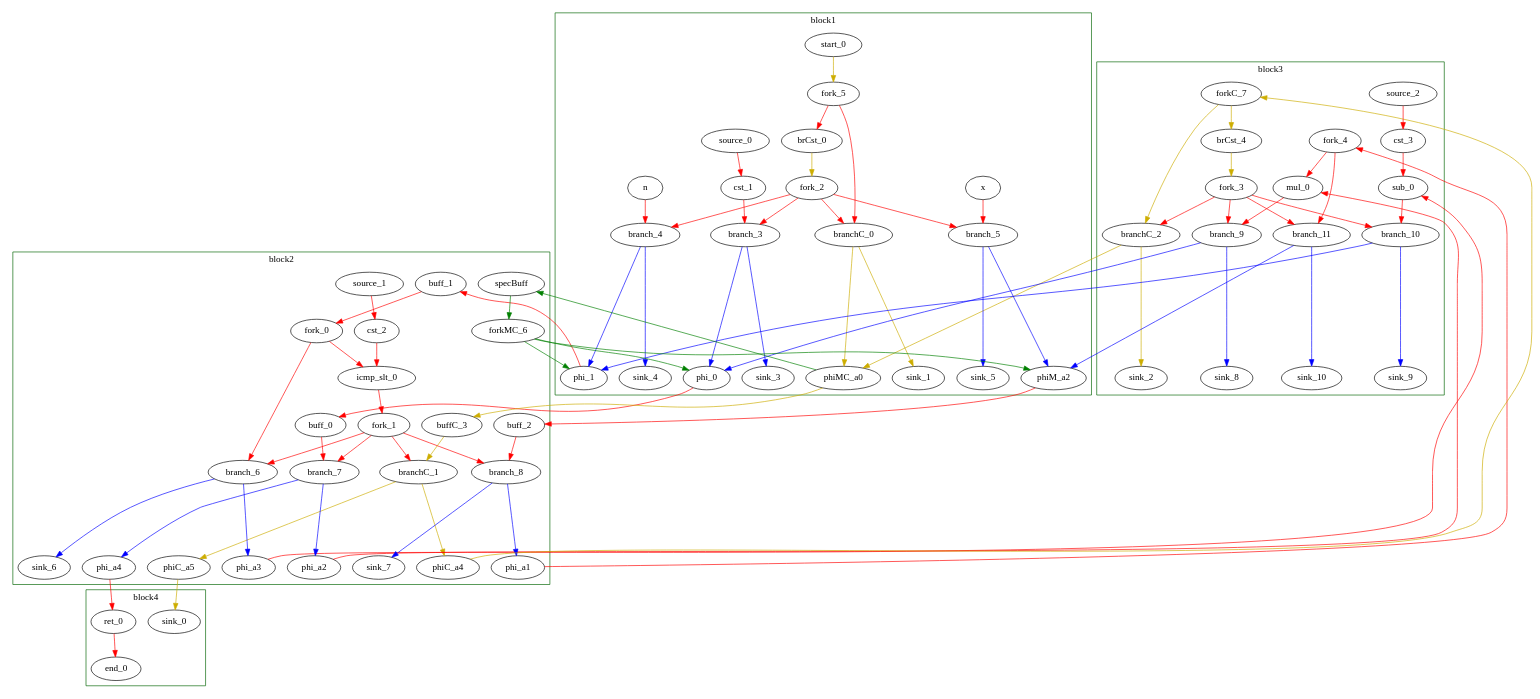
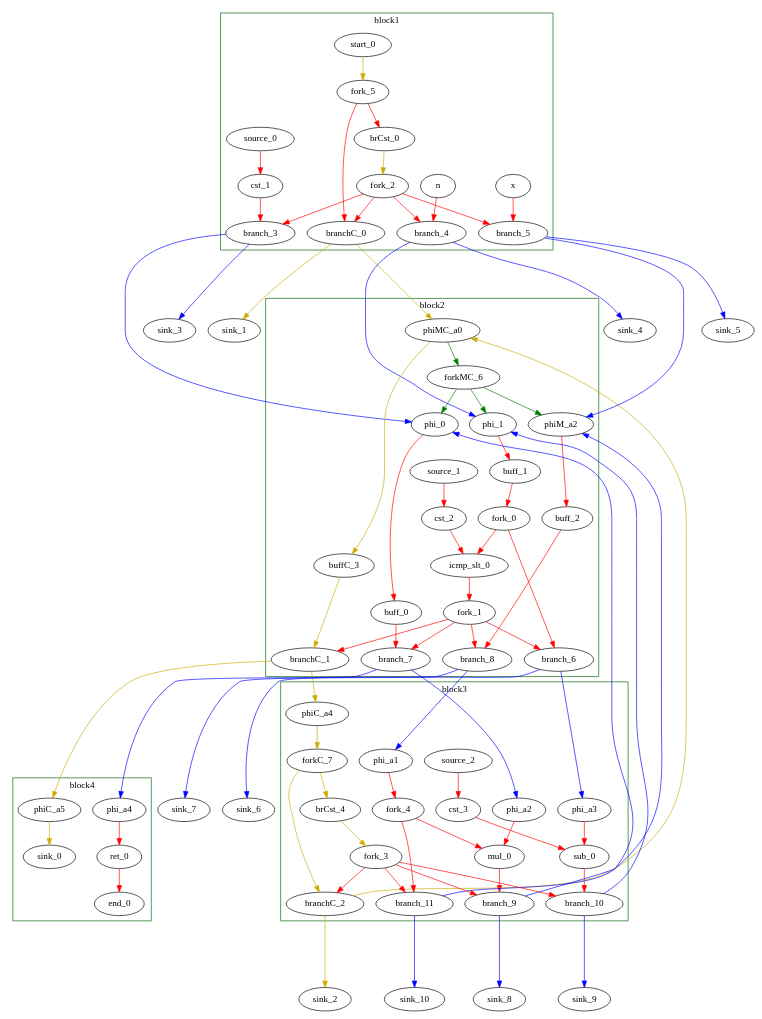
The diagram in build/jpow_sim/jpow_graph.dot (JuliaEmbedded/DynamicScheduling.jl), drawn with Graphviz before and after one commit. The commit also changed 1 other file, not shown here.

```diff
--- a/build/jpow_sim/jpow_graph.dot
+++ b/build/jpow_sim/jpow_graph.dot
@@ -1,161 +1,157 @@
 Digraph G {
 	splines=spline;
 		"branchC_0" [type = "Branch", bbID = 1, in = "in1:0 in2?:1", out = "out1+:0 out2-:0"];
 		"phi_0" [type = "Mux", bbID = 2, in = "in1?:1 in2:32 in3:32 ", out = "out1:32", delay = 0.366];
 		"phi_1" [type = "Mux", bbID = 2, in = "in1?:1 in2:32 in3:32 ", out = "out1:32", delay = 0.366];
 		"icmp_slt_0" [type = "Operator", bbID = 2, op = "icmp_slt_op", in = "in1:32 in2:32", out = "out1:1", delay = 1.53, latency = 0, II = 1];
 		"branchC_1" [type = "Branch", bbID = 2, in = "in1:0 in2?:1", out = "out1+:0 out2-:0"];
 		"sub_0" [type = "Operator", bbID = 3, op = "sub_op", in = "in1:32 in2:32", out = "out1:32", delay = 1.693, latency = 0, II = 1];
 		"mul_0" [type = "Operator", bbID = 3, op = "mul_op", in = "in1:32 in2:32", out = "out1:32", delay = 0.0, latency = 4, II = 1];
 		"branchC_2" [type = "Branch", bbID = 3, in = "in1:0 in2?:1", out = "out1+:0 out2-:0"];
 		"ret_0" [type = "Operator", bbID = 4, op = "ret_op", in = "in1:32", out = "out1:32", delay = 0.0, latency = 0, II = 1];
 		"x" [type = "Entry", bbID = 1, in = "in1:32", out = "out1:32"];
 		"n" [type = "Entry", bbID = 1, in = "in1:32", out = "out1:32"];
 		"brCst_0" [type = "Constant", bbID = 1, in = "in1:1", out = "out1:1", value = "0x1"];
 		"cst_1" [type = "Constant", bbID = 1, in = "in1:32", out = "out1:32", value = "0x1"];
 		"cst_2" [type = "Constant", bbID = 2, in = "in1:32", out = "out1:32", value = "0x0"];
 		"cst_3" [type = "Constant", bbID = 3, in = "in1:32", out = "out1:32", value = "0x1"];
 		"brCst_4" [type = "Constant", bbID = 3, in = "in1:1", out = "out1:1", value = "0x1"];
 		"phiM_a2" [type = "Mux", bbID = 2, in = "in1?:1 in2:32 in3:32 ", out = "out1:32", delay = 0.366];
 		"phi_a1" [type = "Merge", bbID = 3, in = "in1:32 ", out = "out1:32", delay = 0.0];
 		"phi_a2" [type = "Merge", bbID = 3, in = "in1:32 ", out = "out1:32", delay = 0.0];
 		"phi_a3" [type = "Merge", bbID = 3, in = "in1:32 ", out = "out1:32", delay = 0.0];
 		"phi_a4" [type = "Merge", bbID = 4, in = "in1:32 ", out = "out1:32", delay = 0.0];
 		"branch_3" [type = "Branch", bbID = 1, in = "in1:32 in2?:1", out = "out1+:32 out2-:32"];
 		"branch_4" [type = "Branch", bbID = 1, in = "in1:32 in2?:1", out = "out1+:32 out2-:32"];
 		"branch_5" [type = "Branch", bbID = 1, in = "in1:32 in2?:1", out = "out1+:32 out2-:32"];
 		"branch_6" [type = "Branch", bbID = 2, in = "in1:32 in2?:1", out = "out1+:32 out2-:32"];
 		"branch_7" [type = "Branch", bbID = 2, in = "in1:32 in2?:1", out = "out1+:32 out2-:32"];
 		"branch_8" [type = "Branch", bbID = 2, in = "in1:32 in2?:1", out = "out1+:32 out2-:32"];
 		"branch_9" [type = "Branch", bbID = 3, in = "in1:32 in2?:1", out = "out1+:32 out2-:32"];
 		"branch_10" [type = "Branch", bbID = 3, in = "in1:32 in2?:1", out = "out1+:32 out2-:32"];
 		"branch_11" [type = "Branch", bbID = 3, in = "in1:32 in2?:1", out = "out1+:32 out2-:32"];
 		"end_0" [type = "Exit", bbID = 0, in = "in1:32 ", out = "out1:32"];
 		"start_0" [type = "Entry", control = "true", bbID = 1, in = "in1:0", out = "out1:0"];
 		"phiMC_a0" [type = "CntrlMerge", bbID = 2, in = "in1:0 in2:0 ", out = "out1:0 out2?:1", delay = 0.166];
 		"phiC_a4" [type = "Merge", bbID = 3, in = "in1:0 ", out = "out1:0", delay = 0.166];
 		"phiC_a5" [type = "Merge", bbID = 4, in = "in1:0 ", out = "out1:0", delay = 0.166];
 		"sink_0" [type = "Sink", bbID = 0, in = "in1:0"];
 		"fork_0" [type = "Fork", bbID = 2, in = "in1:32", out = "out1:32 out2:32 "];
 		"fork_1" [type = "Fork", bbID = 2, in = "in1:1", out = "out1:1 out2:1 out3:1 out4:1 "];
 		"fork_2" [type = "Fork", bbID = 1, in = "in1:1", out = "out1:1 out2:1 out3:1 out4:1 "];
 		"fork_3" [type = "Fork", bbID = 3, in = "in1:1", out = "out1:1 out2:1 out3:1 out4:1 "];
 		"fork_4" [type = "Fork", bbID = 3, in = "in1:32", out = "out1:32 out2:32 "];
 		"fork_5" [type = "Fork", bbID = 1, in = "in1:0", out = "out1:0 out2:0 "];
 		"forkMC_6" [type = "Fork", bbID = 2, in = "in1:1", out = "out1:1 out2:1 out3:1 "];
 		"forkC_7" [type = "Fork", bbID = 3, in = "in1:0", out = "out1:0 out2:0 "];
 		"sink_1" [type = "Sink", bbID = 1, in = "in1:0"];
 		"sink_2" [type = "Sink", bbID = 3, in = "in1:0"];
 		"sink_3" [type = "Sink", bbID = 1, in = "in1:32"];
 		"sink_4" [type = "Sink", bbID = 1, in = "in1:32"];
 		"sink_5" [type = "Sink", bbID = 1, in = "in1:32"];
 		"sink_6" [type = "Sink", bbID = 2, in = "in1:32"];
 		"sink_7" [type = "Sink", bbID = 2, in = "in1:32"];
 		"sink_8" [type = "Sink", bbID = 3, in = "in1:32"];
 		"sink_9" [type = "Sink", bbID = 3, in = "in1:32"];
 		"sink_10" [type = "Sink", bbID = 3, in = "in1:32"];
 		"source_0" [type = "Source", bbID = 1, out = "out1:32"];
 		"source_1" [type = "Source", bbID = 2, out = "out1:32"];
 		"source_2" [type = "Source", bbID = 3, out = "out1:32"];
 		"buff_0" [type = "Buffer", bbID = 2, in = "in1:32", out = "out1:32"];
 		"buff_1" [type = "Buffer", bbID = 2, in = "in1:32", out = "out1:32"];
 		"buff_2" [type = "Buffer", bbID = 2, in = "in1:32", out = "out1:32"];
 		"buffC_3" [type = "Buffer", bbID = 2, in = "in1:0", out = "out1:0"];
-
-        "specBuff" [type = "Buffer", bbID = 2, in = "in1:1", out = "out1:1"];
-
 	subgraph cluster_0 {
 	color = "darkgreen";
 		label = "block1";
-		"branchC_0" -> "phiMC_a0" [color = "gold3", minlen = 3, from = "out1", to = "in1"];
-		"branchC_0" -> "sink_1" [color = "gold3", minlen = 3, from = "out2", to = "in1"];
 		"x" -> "branch_5" [color = "red", from = "out1", to = "in1"];
 		"n" -> "branch_4" [color = "red", from = "out1", to = "in1"];
 		"brCst_0" -> "fork_2" [color = "gold3", from = "out1", to = "in1"];
 		"cst_1" -> "branch_3" [color = "red", from = "out1", to = "in1"];
-		"branch_3" -> "phi_0" [color = "blue", minlen = 3, from = "out1", to = "in2"];
-		"branch_3" -> "sink_3" [color = "blue", minlen = 3, from = "out2", to = "in1"];
-		"branch_4" -> "phi_1" [color = "blue", minlen = 3, from = "out1", to = "in2"];
-		"branch_4" -> "sink_4" [color = "blue", minlen = 3, from = "out2", to = "in1"];
-		"branch_5" -> "phiM_a2" [color = "blue", minlen = 3, from = "out1", to = "in2"];
-		"branch_5" -> "sink_5" [color = "blue", minlen = 3, from = "out2", to = "in1"];
 		"start_0" -> "fork_5" [color = "gold3", from = "out1", to = "in1"];
 		"fork_2" -> "branchC_0" [color = "red", from = "out1", to = "in2"];
 		"fork_2" -> "branch_3" [color = "red", from = "out2", to = "in2"];
 		"fork_2" -> "branch_4" [color = "red", from = "out3", to = "in2"];
 		"fork_2" -> "branch_5" [color = "red", from = "out4", to = "in2"];
 		"fork_5" -> "branchC_0" [color = "red", from = "out1", to = "in1"];
 		"fork_5" -> "brCst_0" [color = "red", from = "out2", to = "in1"];
 		"source_0" -> "cst_1" [color = "red", from = "out1", to = "in1"];
 	}
+		"branchC_0" -> "phiMC_a0" [color = "gold3", minlen = 3, from = "out1", to = "in1"];
+		"branchC_0" -> "sink_1" [color = "gold3", minlen = 3, from = "out2", to = "in1"];
+		"branch_3" -> "phi_0" [color = "blue", minlen = 3, from = "out1", to = "in2"];
+		"branch_3" -> "sink_3" [color = "blue", minlen = 3, from = "out2", to = "in1"];
+		"branch_4" -> "phi_1" [color = "blue", minlen = 3, from = "out1", to = "in2"];
+		"branch_4" -> "sink_4" [color = "blue", minlen = 3, from = "out2", to = "in1"];
+		"branch_5" -> "phiM_a2" [color = "blue", minlen = 3, from = "out1", to = "in2"];
+		"branch_5" -> "sink_5" [color = "blue", minlen = 3, from = "out2", to = "in1"];
 	subgraph cluster_1 {
 	color = "darkgreen";
 		label = "block2";
 		"phi_0" -> "buff_0" [color = "red", from = "out1", to = "in1"];
 		"phi_1" -> "buff_1" [color = "red", from = "out1", to = "in1"];
 		"icmp_slt_0" -> "fork_1" [color = "red", from = "out1", to = "in1"];
-		"branchC_1" -> "phiC_a4" [color = "gold3", minlen = 3, from = "out1", to = "in1"];
-		"branchC_1" -> "phiC_a5" [color = "gold3", minlen = 3, from = "out2", to = "in1"];
 		"cst_2" -> "icmp_slt_0" [color = "red", from = "out1", to = "in1"];
 		"phiM_a2" -> "buff_2" [color = "red", from = "out1", to = "in1"];
-		"branch_6" -> "phi_a3" [color = "blue", minlen = 3, from = "out1", to = "in1"];
-		"branch_6" -> "sink_6" [color = "blue", minlen = 3, from = "out2", to = "in1"];
-		"branch_7" -> "phi_a2" [color = "blue", minlen = 3, from = "out1", to = "in1"];
-		"branch_7" -> "phi_a4" [color = "blue", minlen = 3, from = "out2", to = "in1"];
-		"branch_8" -> "phi_a1" [color = "blue", minlen = 3, from = "out1", to = "in1"];
-		"branch_8" -> "sink_7" [color = "blue", minlen = 3, from = "out2", to = "in1"];
 		"phiMC_a0" -> "buffC_3" [color = "gold3", from = "out1", to = "in1"];
-		"phiMC_a0" -> "specBuff" [color = "green", from = "out2", to = "in1"];
-		"specBuff" -> "forkMC_6" [color = "green", from = "out1", to = "in1"];
+		"phiMC_a0" -> "forkMC_6" [color = "green", from = "out2", to = "in1"];
 		"fork_0" -> "icmp_slt_0" [color = "red", from = "out1", to = "in2"];
 		"fork_0" -> "branch_6" [color = "red", from = "out2", to = "in1"];
 		"fork_1" -> "branchC_1" [color = "red", from = "out1", to = "in2"];
 		"fork_1" -> "branch_6" [color = "red", from = "out2", to = "in2"];
 		"fork_1" -> "branch_7" [color = "red", from = "out3", to = "in2"];
 		"fork_1" -> "branch_8" [color = "red", from = "out4", to = "in2"];
 		"forkMC_6" -> "phi_0" [color = "green", from = "out1", to = "in1"];
 		"forkMC_6" -> "phi_1" [color = "green", from = "out2", to = "in1"];
 		"forkMC_6" -> "phiM_a2" [color = "green", from = "out3", to = "in1"];
 		"source_1" -> "cst_2" [color = "red", from = "out1", to = "in1"];
 		"buff_0" -> "branch_7" [color = "red", from = "out1", to = "in1"];
 		"buff_1" -> "fork_0" [color = "red", from = "out1", to = "in1"];
 		"buff_2" -> "branch_8" [color = "red", from = "out1", to = "in1"];
 		"buffC_3" -> "branchC_1" [color = "gold3", from = "out1", to = "in1"];
 	}
+		"branchC_1" -> "phiC_a4" [color = "gold3", minlen = 3, from = "out1", to = "in1"];
+		"branchC_1" -> "phiC_a5" [color = "gold3", minlen = 3, from = "out2", to = "in1"];
+		"branch_6" -> "phi_a3" [color = "blue", minlen = 3, from = "out1", to = "in1"];
+		"branch_6" -> "sink_6" [color = "blue", minlen = 3, from = "out2", to = "in1"];
+		"branch_7" -> "phi_a2" [color = "blue", minlen = 3, from = "out1", to = "in1"];
+		"branch_7" -> "phi_a4" [color = "blue", minlen = 3, from = "out2", to = "in1"];
+		"branch_8" -> "phi_a1" [color = "blue", minlen = 3, from = "out1", to = "in1"];
+		"branch_8" -> "sink_7" [color = "blue", minlen = 3, from = "out2", to = "in1"];
 	subgraph cluster_2 {
 	color = "darkgreen";
 		label = "block3";
 		"sub_0" -> "branch_10" [color = "red", from = "out1", to = "in1"];
 		"mul_0" -> "branch_9" [color = "red", from = "out1", to = "in1"];
-		"branchC_2" -> "sink_2" [color = "gold3", minlen = 3, from = "out1", to = "in1"];
-		"branchC_2" -> "phiMC_a0" [color = "gold3", minlen = 3, from = "out2", to = "in2"];
 		"cst_3" -> "sub_0" [color = "red", from = "out1", to = "in2"];
 		"brCst_4" -> "fork_3" [color = "gold3", from = "out1", to = "in1"];
 		"phi_a1" -> "fork_4" [color = "red", from = "out1", to = "in1"];
 		"phi_a2" -> "mul_0" [color = "red", from = "out1", to = "in1"];
 		"phi_a3" -> "sub_0" [color = "red", from = "out1", to = "in1"];
-		"branch_9" -> "phi_0" [color = "blue", minlen = 3, from = "out1", to = "in3"];
-		"branch_9" -> "sink_8" [color = "blue", minlen = 3, from = "out2", to = "in1"];
-		"branch_10" -> "phi_1" [color = "blue", minlen = 3, from = "out1", to = "in3"];
-		"branch_10" -> "sink_9" [color = "blue", minlen = 3, from = "out2", to = "in1"];
-		"branch_11" -> "phiM_a2" [color = "blue", minlen = 3, from = "out1", to = "in3"];
-		"branch_11" -> "sink_10" [color = "blue", minlen = 3, from = "out2", to = "in1"];
 		"phiC_a4" -> "forkC_7" [color = "gold3", from = "out1", to = "in1"];
 		"fork_3" -> "branchC_2" [color = "red", from = "out1", to = "in2"];
 		"fork_3" -> "branch_9" [color = "red", from = "out2", to = "in2"];
 		"fork_3" -> "branch_10" [color = "red", from = "out3", to = "in2"];
 		"fork_3" -> "branch_11" [color = "red", from = "out4", to = "in2"];
 		"fork_4" -> "mul_0" [color = "red", from = "out1", to = "in2"];
 		"fork_4" -> "branch_11" [color = "red", from = "out2", to = "in1"];
 		"forkC_7" -> "branchC_2" [color = "gold3", from = "out1", to = "in1"];
 		"forkC_7" -> "brCst_4" [color = "gold3", from = "out2", to = "in1"];
 		"source_2" -> "cst_3" [color = "red", from = "out1", to = "in1"];
 	}
+		"branchC_2" -> "phiMC_a0" [color = "gold3", minlen = 3, from = "out1", to = "in2"];
+		"branchC_2" -> "sink_2" [color = "gold3", minlen = 3, from = "out2", to = "in1"];
+		"branch_9" -> "phi_0" [color = "blue", minlen = 3, from = "out1", to = "in3"];
+		"branch_9" -> "sink_8" [color = "blue", minlen = 3, from = "out2", to = "in1"];
+		"branch_10" -> "phi_1" [color = "blue", minlen = 3, from = "out1", to = "in3"];
+		"branch_10" -> "sink_9" [color = "blue", minlen = 3, from = "out2", to = "in1"];
+		"branch_11" -> "phiM_a2" [color = "blue", minlen = 3, from = "out1", to = "in3"];
+		"branch_11" -> "sink_10" [color = "blue", minlen = 3, from = "out2", to = "in1"];
 	subgraph cluster_3 {
 	color = "darkgreen";
 		label = "block4";
 		"ret_0" -> "end_0" [color = "red", from = "out1", to = "in1"];
 		"phi_a4" -> "ret_0" [color = "red", from = "out1", to = "in1"];
 		"phiC_a5" -> "sink_0" [color = "gold3", from = "out1", to = "in1"];
 	}
 }
```
